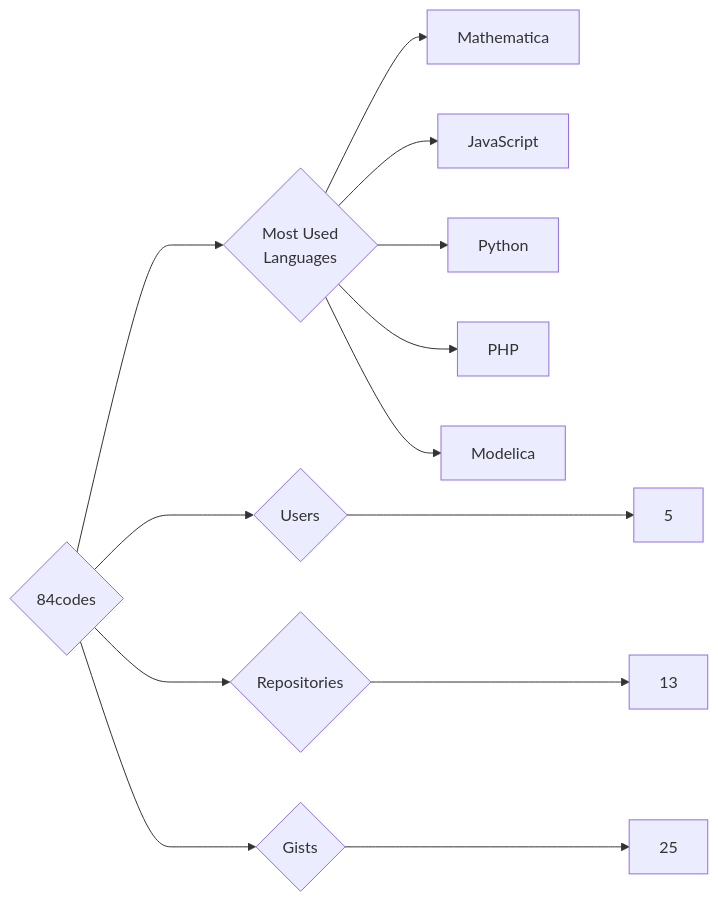
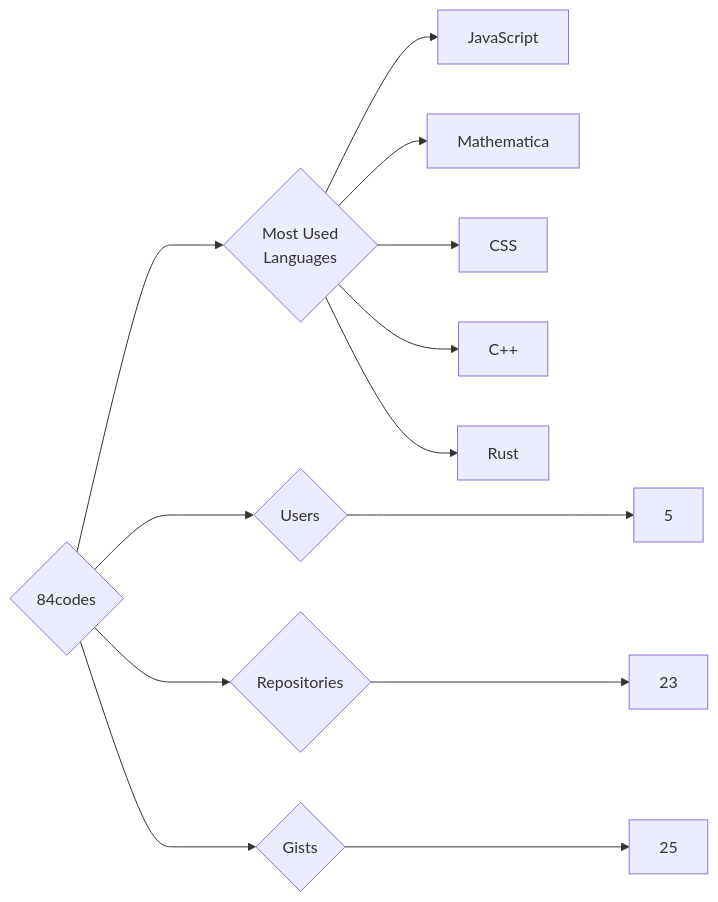
Before and after one commit to trickest/insiders: the diagram in targets/84codes/README.md, drawn with Mermaid. The commit also changed 1141 other files, not shown here.

````diff
--- a/targets/84codes/README.md
+++ b/targets/84codes/README.md
@@ -3,13 +3,13 @@
 ```mermaid
 graph LR
 COMPANY_NAME{84codes}
 COMPANY_NAME ---> U{Users} ---> UN[5]
-COMPANY_NAME ---> R{Repositories} ---> RN[13]
+COMPANY_NAME ---> R{Repositories} ---> RN[23]
 COMPANY_NAME ---> G{Gists} ---> GN[25]
 COMPANY_NAME ---> ML{Most Used<br>Languages}
+ML --> JavaScript[JavaScript]
 ML --> Mathematica[Mathematica]
-ML --> JavaScript[JavaScript]
-ML --> Python[Python]
-ML --> PHP[PHP]
-ML --> Modelica[Modelica]
+ML --> CSS[CSS]
+ML --> C++[C++]
+ML --> Rust[Rust]
 ```
````
